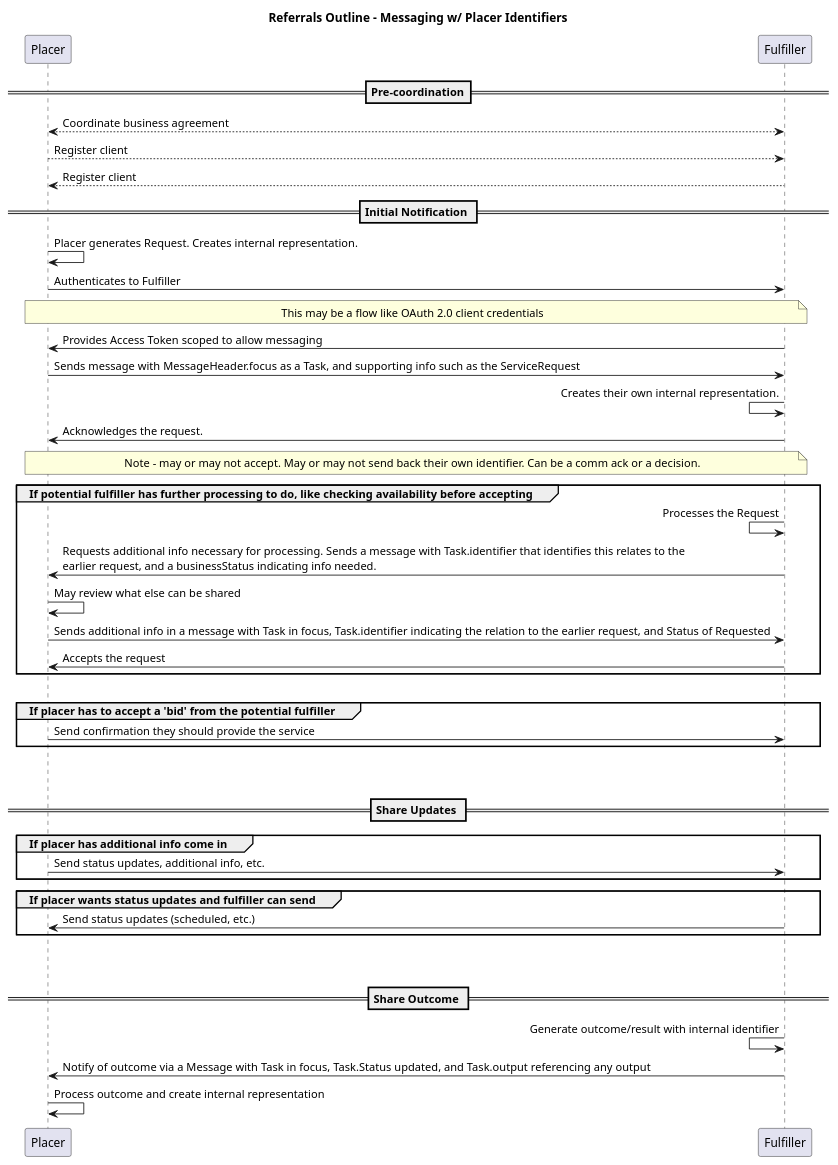
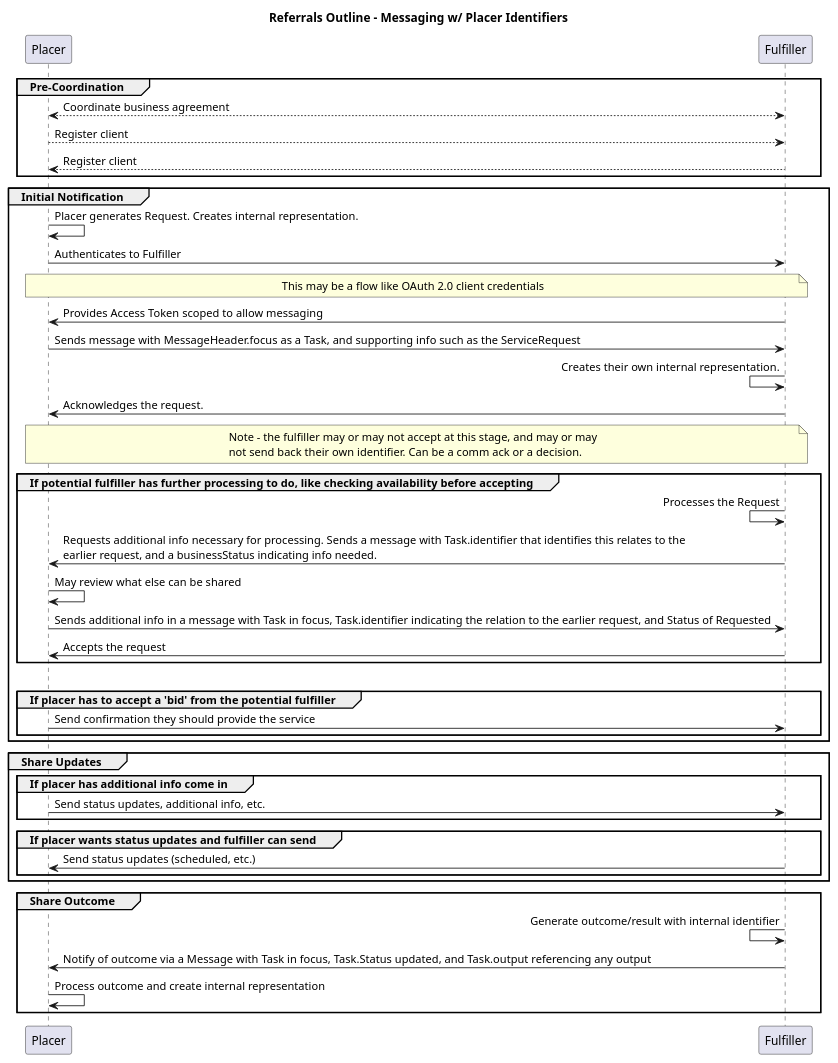
The diagram in input/images-source/pure-messaging-with-placer-identifiers.plantuml (HL7/fhir-cow-ig), drawn with PlantUML before and after one commit.

Commit message:
Update pure-messaging-with-placer-identifiers.plantuml
Switching to Groups instead of Section dividers due to formatting with svg generation

```diff
--- a/input/images-source/pure-messaging-with-placer-identifiers.plantuml
+++ b/input/images-source/pure-messaging-with-placer-identifiers.plantuml
@@ -1,54 +1,56 @@
 @startuml
 title Referrals Outline - Messaging w/ Placer Identifiers
 
-== Pre-coordination==
+group Pre-Coordination
 
 Placer <--> Fulfiller: Coordinate business agreement
 
 Placer --> Fulfiller: Register client
 
 Fulfiller --> Placer: Register client
+end
 
-== Initial Notification ==
+group Initial Notification
 
 Placer -> Placer: Placer generates Request. Creates internal representation.
 Placer -> Fulfiller: Authenticates to Fulfiller
 note over Placer, Fulfiller: This may be a flow like OAuth 2.0 client credentials
 Fulfiller -> Placer: Provides Access Token scoped to allow messaging
 Placer -> Fulfiller: Sends message with MessageHeader.focus as a Task, and supporting info such as the ServiceRequest
 
 Fulfiller <- Fulfiller: Creates their own internal representation.
 Fulfiller -> Placer: Acknowledges the request.
 
-note over Placer, Fulfiller: Note - may or may not accept. May or may not send back their own identifier. Can be a comm ack or a decision.
+note over Placer, Fulfiller: Note - the fulfiller may or may not accept at this stage, and may or may\nnot send back their own identifier. Can be a comm ack or a decision.
 
 group If potential fulfiller has further processing to do, like checking availability before accepting
     Fulfiller <- Fulfiller: Processes the Request
     Fulfiller -> Placer: Requests additional info necessary for processing. Sends a message with Task.identifier that identifies this relates to the\nearlier request, and a businessStatus indicating info needed.
     Placer -> Placer: May review what else can be shared
     Placer -> Fulfiller: Sends additional info in a message with Task in focus, Task.identifier indicating the relation to the earlier request, and Status of Requested
     Fulfiller -> Placer: Accepts the request
 end
 ||20||
 group If placer has to accept a 'bid' from the potential fulfiller
     Placer -> Fulfiller: Send confirmation they should provide the service
 end
-||45||
-== Share Updates ==
+
+end
+
+group Share Updates
 
 group If placer has additional info come in
     Placer -> Fulfiller: Send status updates, additional info, etc.
 end
 
 group If placer wants status updates and fulfiller can send
     Fulfiller -> Placer: Send status updates (scheduled, etc.)
 end
-
-||45||
-== Share Outcome ==
+end
+group Share Outcome
 
 Fulfiller <- Fulfiller: Generate outcome/result with internal identifier
 Fulfiller -> Placer: Notify of outcome via a Message with Task in focus, Task.Status updated, and Task.output referencing any output
 Placer -> Placer: Process outcome and create internal representation
-
+end
 @enduml
```
